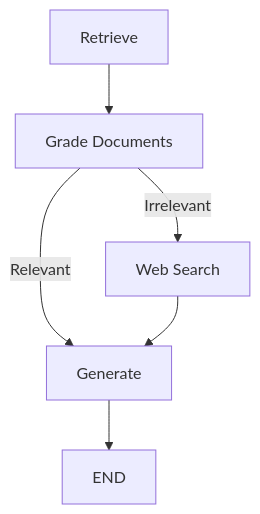
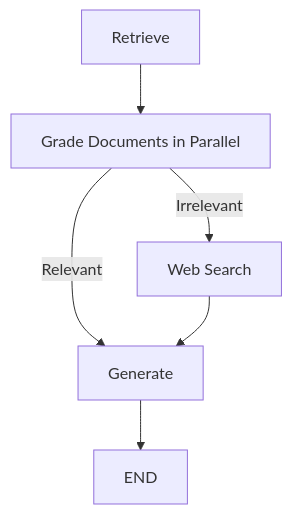
One commit to RAHULREDDYYSR/C_RAG changed the diagram in README.md. Above: the diagram before and after it, drawn with Mermaid. The commit also changed other lines of this file and 50 other files, not shown here.

````diff
--- a/README.md
+++ b/README.md
@@ -44,8 +65,8 @@
 ```mermaid
 flowchart TD
-    A[Retrieve] --> B[Grade Documents]
+    A[Retrieve] --> B[Grade Documents in Parallel]
     B -->|Relevant| D[Generate]
     B -->|Irrelevant| C[Web Search]
     C --> D
     D --> E[END]
 ```
````
